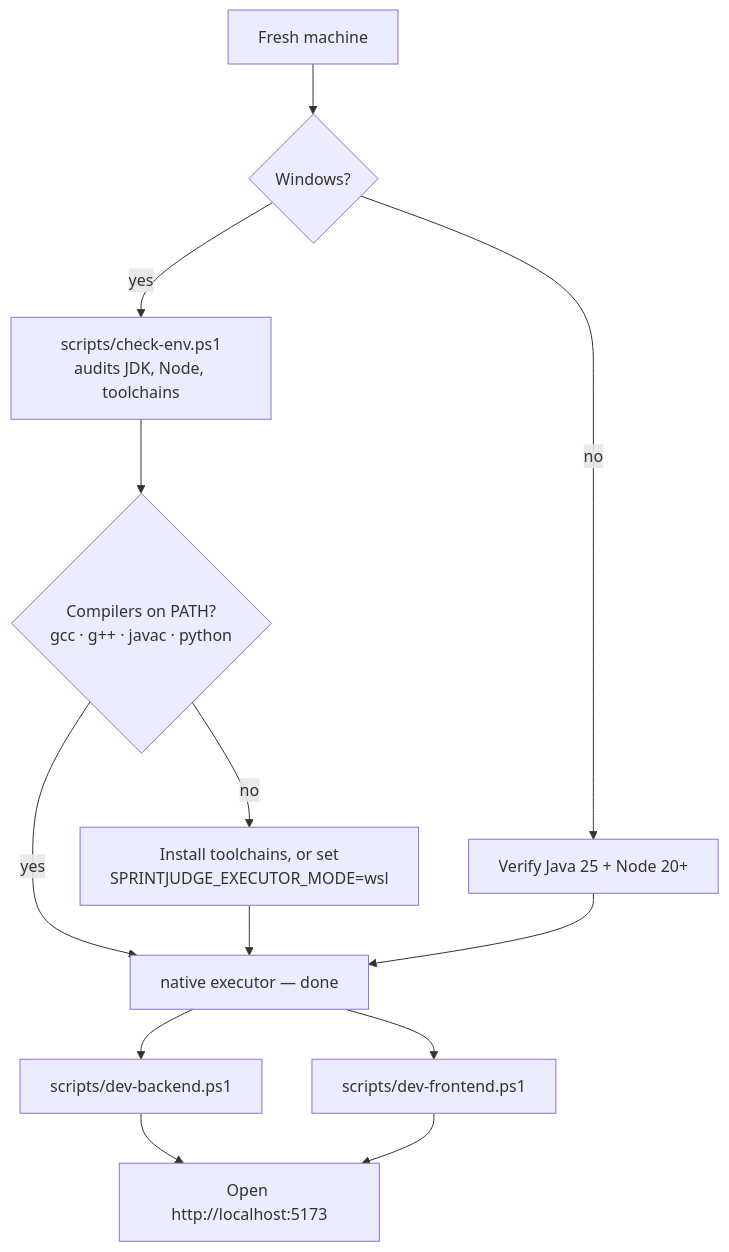
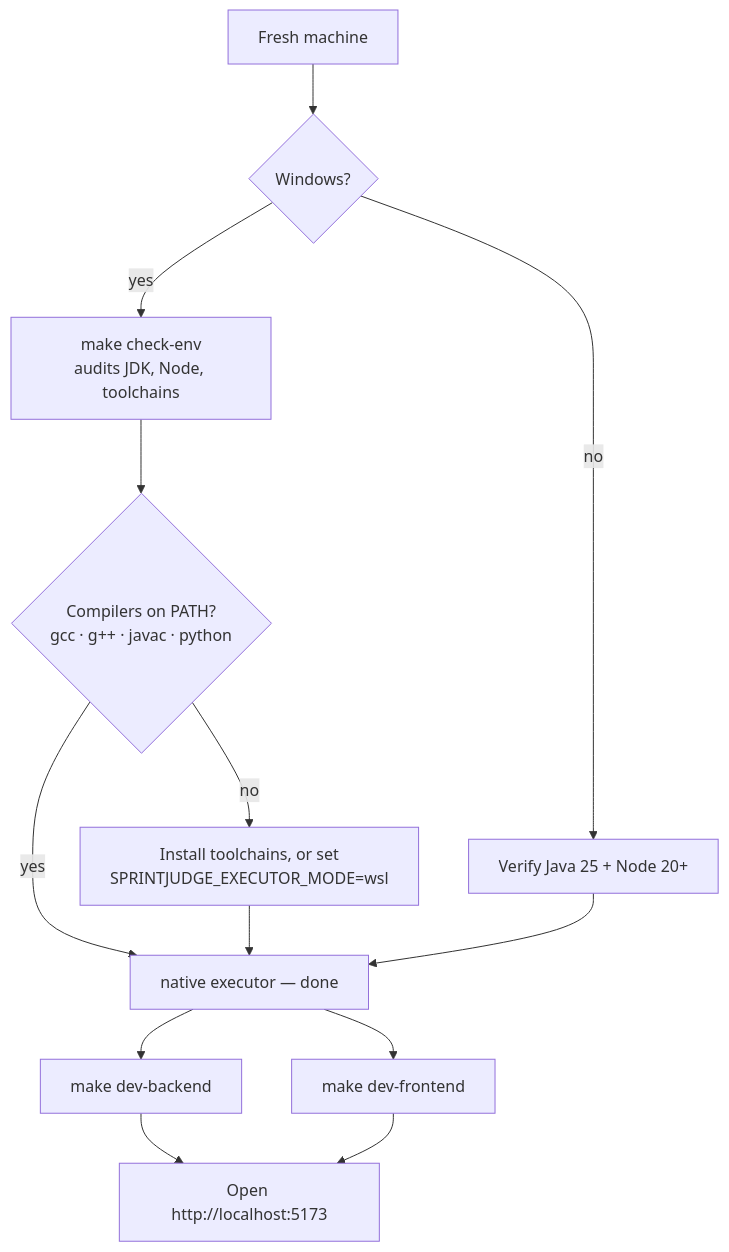
The diagram in docs/getting-started.md (richie-rich90454/SprintJudge), drawn with Mermaid before and after one commit. The commit also changed other lines of this file, not shown here.

Commit message:
feat(docs): Make workflows and corrected paths in quick start

````diff
--- a/docs/getting-started.md
+++ b/docs/getting-started.md
@@ -7,15 +7,15 @@
 ```mermaid
 flowchart TD
     A["Fresh machine"] --> B{"Windows?"}
-    B -->|"yes"| C["scripts/check-env.ps1<br/>audits JDK, Node, toolchains"]
+    B -->|"yes"| C["make check-env<br/>audits JDK, Node, toolchains"]
     B -->|"no"| D["Verify Java 25 + Node 20+"]
     C --> E{"Compilers on PATH?<br/>gcc · g++ · javac · python"}
     E -->|"yes"| F["native executor — done"]
     E -->|"no"| G["Install toolchains, or set<br/>SPRINTJUDGE_EXECUTOR_MODE=wsl"]
     D --> F
     G --> F
-    F --> H["scripts/dev-backend.ps1"]
-    F --> I["scripts/dev-frontend.ps1"]
+    F --> H["make dev-backend"]
+    F --> I["make dev-frontend"]
     H --> J["Open http://localhost:5173"]
     I --> J
 ```
````
